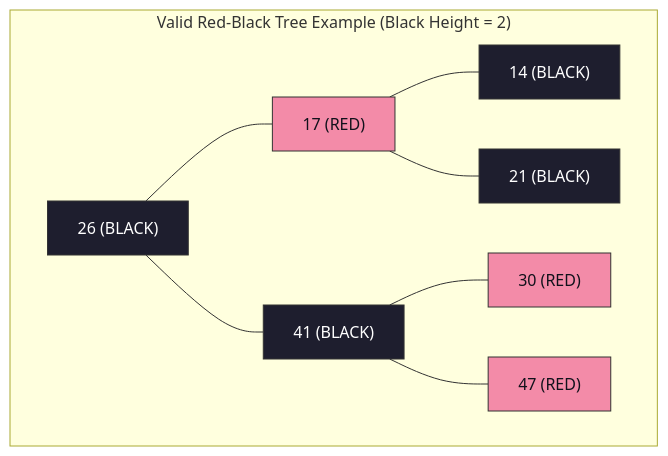
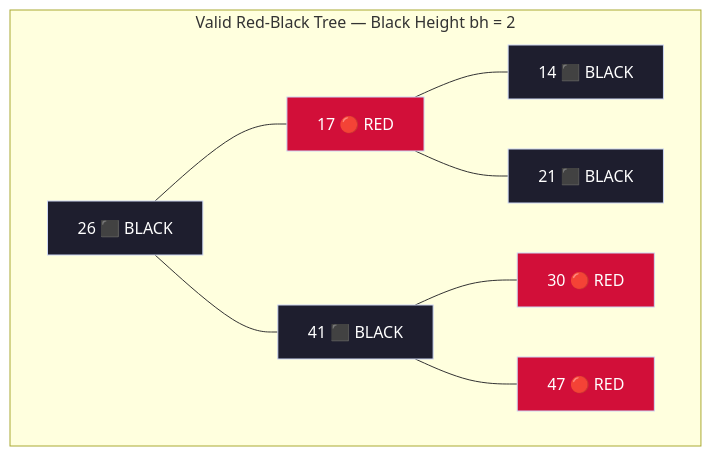
One commit to DeepLumiere/DeepSkills changed the first of 18 diagrams in notes/design_and_analysis_of_algorithms/Unit_04_Advanced_Data_Structures.md. Above: the diagram before and after it, drawn with Mermaid. The commit also changed other lines of this file, not shown here.

````diff
--- a/notes/design_and_analysis_of_algorithms/Unit_04_Advanced_Data_Structures.md
+++ b/notes/design_and_analysis_of_algorithms/Unit_04_Advanced_Data_Structures.md
@@ -59,37 +46,18 @@
 ```mermaid
-
 flowchart TD
-
-    subgraph "Valid Red-Black Tree Example (Black Height = 2)"
-
-        R["26 (BLACK)"] --- N17["17 (RED)"]
-
-        R --- N41["41 (BLACK)"]
-
-        N17 --- N14["14 (BLACK)"]
-
-        N17 --- N21["21 (BLACK)"]
-
-        N41 --- N30["30 (RED)"]
-
-        N41 --- N47["47 (RED)"]
-
-
-
-        style R fill:#1e1e2e,stroke:#333,color:#fff
-
-        style N17 fill:#f38ba8,stroke:#333,color:#11111b
-
-        style N41 fill:#1e1e2e,stroke:#333,color:#fff
-
-        style N14 fill:#1e1e2e,stroke:#333,color:#fff
-
-        style N21 fill:#1e1e2e,stroke:#333,color:#fff
-
-        style N30 fill:#f38ba8,stroke:#333,color:#11111b
-
-        style N47 fill:#f38ba8,stroke:#333,color:#11111b
-
+    subgraph "Valid Red-Black Tree — Black Height bh = 2"
+        R["26 ⬛ BLACK"] --- N17["17 🔴 RED"]
+        R --- N41["41 ⬛ BLACK"]
+        N17 --- N14["14 ⬛ BLACK"]
+        N17 --- N21["21 ⬛ BLACK"]
+        N41 --- N30["30 🔴 RED"]
+        N41 --- N47["47 🔴 RED"]
+        style R fill:#1e1e2e,stroke:#cdd6f4,color:#fff
+        style N17 fill:#d20f39,stroke:#cdd6f4,color:#fff
+        style N41 fill:#1e1e2e,stroke:#cdd6f4,color:#fff
+        style N14 fill:#1e1e2e,stroke:#cdd6f4,color:#fff
+        style N21 fill:#1e1e2e,stroke:#cdd6f4,color:#fff
+        style N30 fill:#d20f39,stroke:#cdd6f4,color:#fff
+        style N47 fill:#d20f39,stroke:#cdd6f4,color:#fff
     end
-
 ```
````
